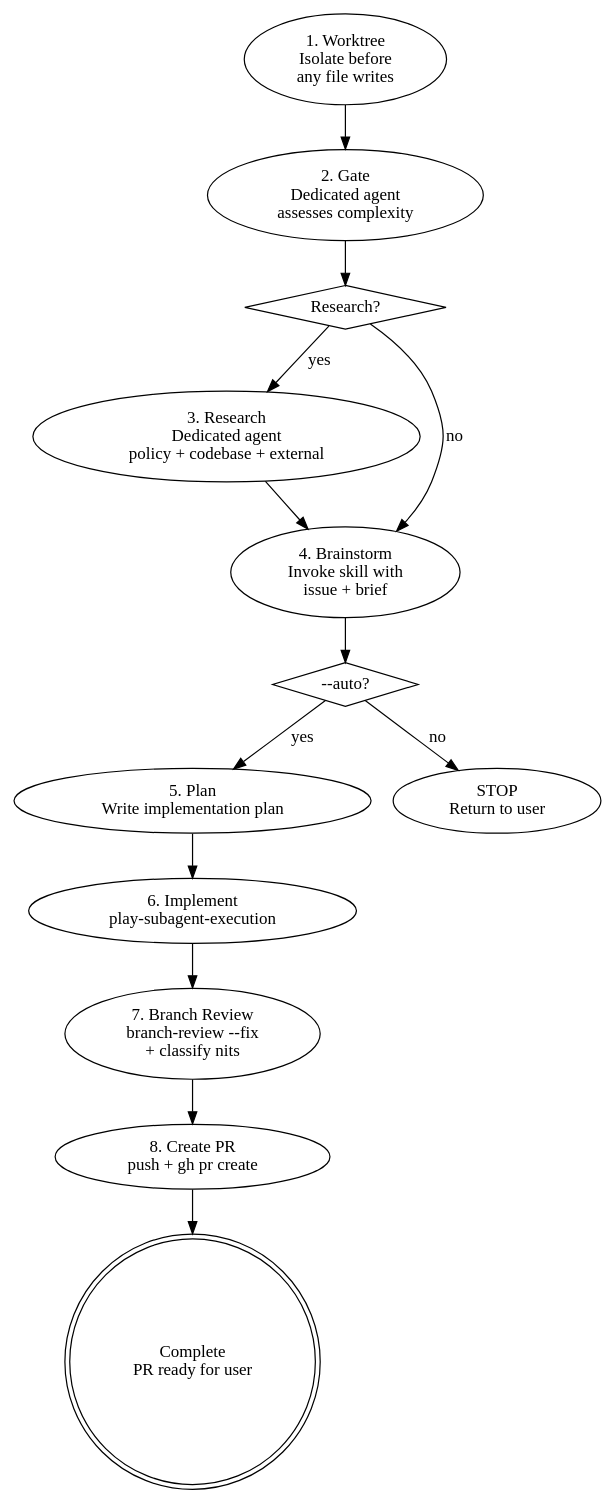
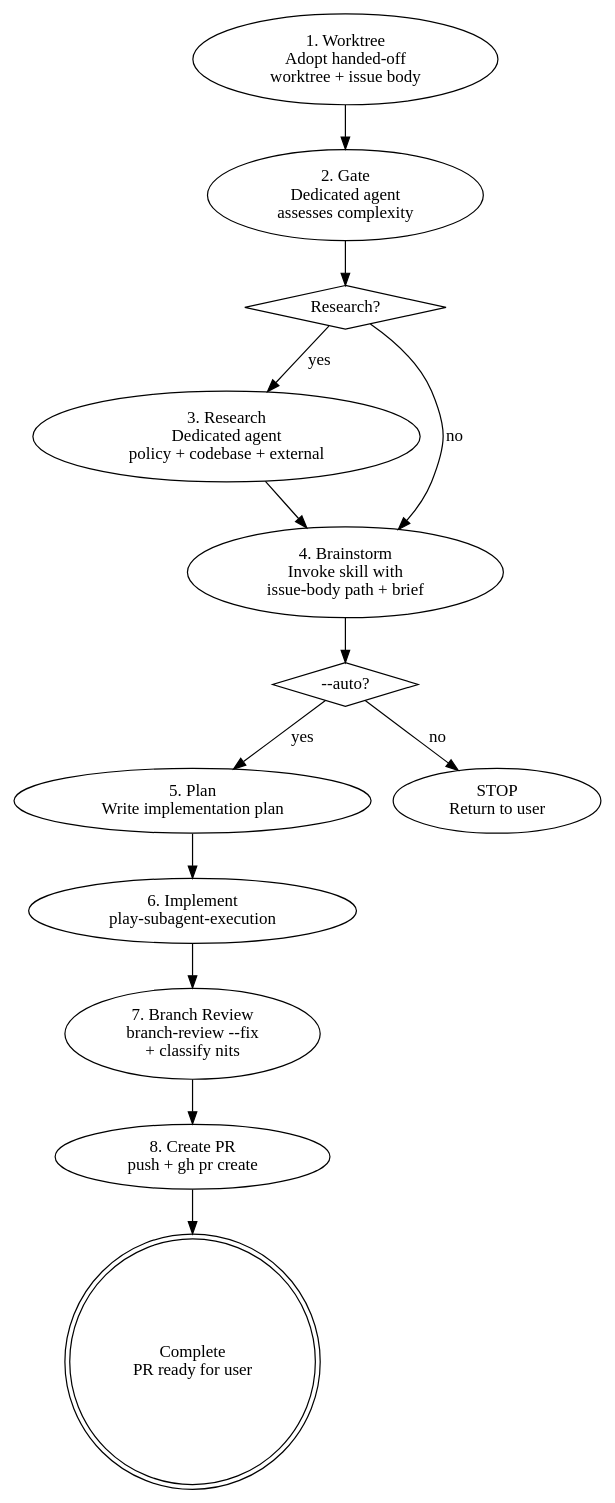
The diagram in skills/issue-priming-workflow/references/workflow-diagram.md (ryumiel/devcanon), drawn with Graphviz before and after one commit. The commit also changed 7 other files, not shown here.

First line of the commit message:
refactor(skills): hand off issue bodies by path

````diff
--- a/skills/issue-priming-workflow/references/workflow-diagram.md
+++ b/skills/issue-priming-workflow/references/workflow-diagram.md
@@ -6,26 +6,26 @@
 ```dot
 digraph priming {
   rankdir=TB;
-  worktree [label="1. Worktree\nIsolate before\nany file writes"];
+  worktree [label="1. Worktree\nAdopt handed-off\nworktree + issue body"];
   gate [label="2. Gate\nDedicated agent\nassesses complexity"];
   decide [label="Research?", shape=diamond];
   research [label="3. Research\nDedicated agent\npolicy + codebase + external"];
-  brainstorm [label="4. Brainstorm\nInvoke skill with\nissue + brief"];
+  brainstorm [label="4. Brainstorm\nInvoke skill with\nissue-body path + brief"];
   auto_check [label="--auto?", shape=diamond];
   plan [label="5. Plan\nWrite implementation plan"];
   implement [label="6. Implement\nplay-subagent-execution"];
   stop_interactive [label="STOP\nReturn to user"];
 
   worktree -> gate -> decide;
   decide -> research [label="yes"];
   decide -> brainstorm [label="no"];
   research -> brainstorm;
   brainstorm -> auto_check;
   auto_check -> plan [label="yes"];
   auto_check -> stop_interactive [label="no"];
   plan -> implement -> review -> create_pr -> done;
   review [label="7. Branch Review\nbranch-review --fix\n+ classify nits"];
   create_pr [label="8. Create PR\npush + gh pr create"];
   done [label="Complete\nPR ready for user", shape=doublecircle];
 }
 ```
````
